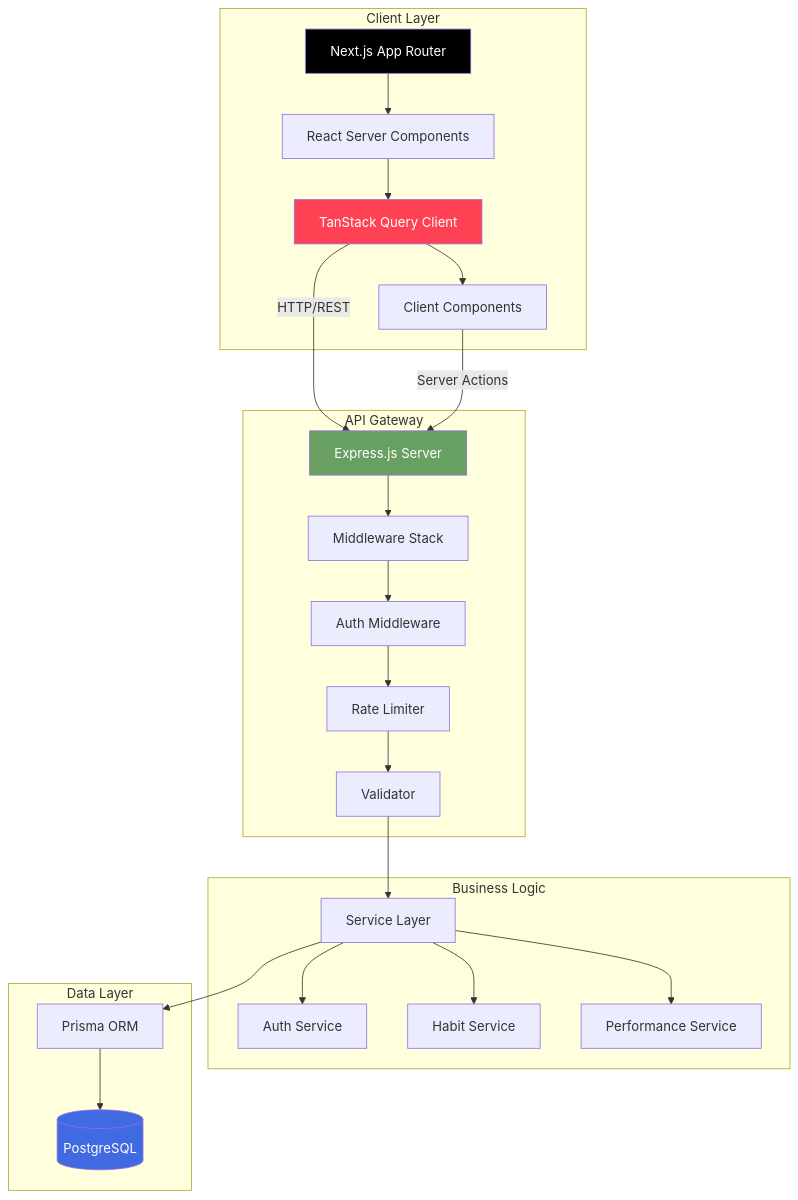
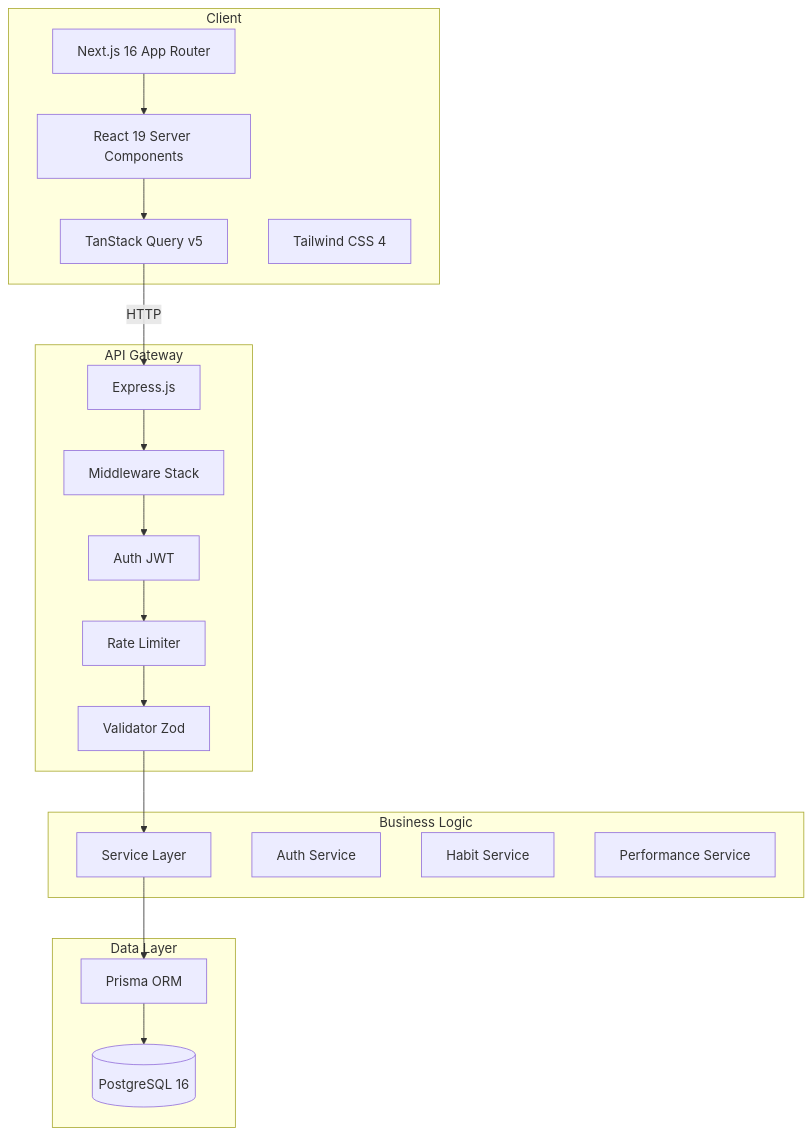
The first of 2 diagrams in README.md (Kalpan2007/HabitEcho), drawn with Mermaid before and after one commit. The commit also changed other lines of this file and 20 other files, not shown here.

````diff
--- a/README.md
+++ b/README.md
@@ -105,46 +88,33 @@
 ```mermaid
 graph TB
-    subgraph "Client Layer"
-        A[Next.js App Router]
-        B[React Server Components]
-        C[TanStack Query Client]
-        D[Client Components]
+    subgraph "Client"
+        A[Next.js 16 App Router]
+        B[React 19 Server Components]
+        C[TanStack Query v5]
+        D[Tailwind CSS 4]
     end
     
     subgraph "API Gateway"
-        E[Express.js Server]
+        E[Express.js]
         F[Middleware Stack]
-        F1[Auth Middleware]
+        F1[Auth JWT]
         F2[Rate Limiter]
-        F3[Validator]
-        F --> F1 --> F2 --> F3
+        F3[Validator Zod]
     end
     
     subgraph "Business Logic"
         G[Service Layer]
         G1[Auth Service]
         G2[Habit Service]
         G3[Performance Service]
-        G --> G1 & G2 & G3
     end
     
     subgraph "Data Layer"
-        H[(PostgreSQL)]
+        H[(PostgreSQL 16)]
         I[Prisma ORM]
-        I --> H
     end
     
-    A --> B
-    B --> C
-    C --> D
-    C -->|HTTP/REST| E
-    D -->|Server Actions| E
-    E --> F
-    F3 --> G
-    G --> I
-    
-    style A fill:#000000,color:#fff
-    style E fill:#68A063,color:#fff
-    style H fill:#4169E1,color:#fff
-    style C fill:#FF4154,color:#fff
+    A --> B --> C -->|HTTP| E
+    E --> F --> F1 --> F2 --> F3
+    F3 --> G --> I --> H
 ```
````
